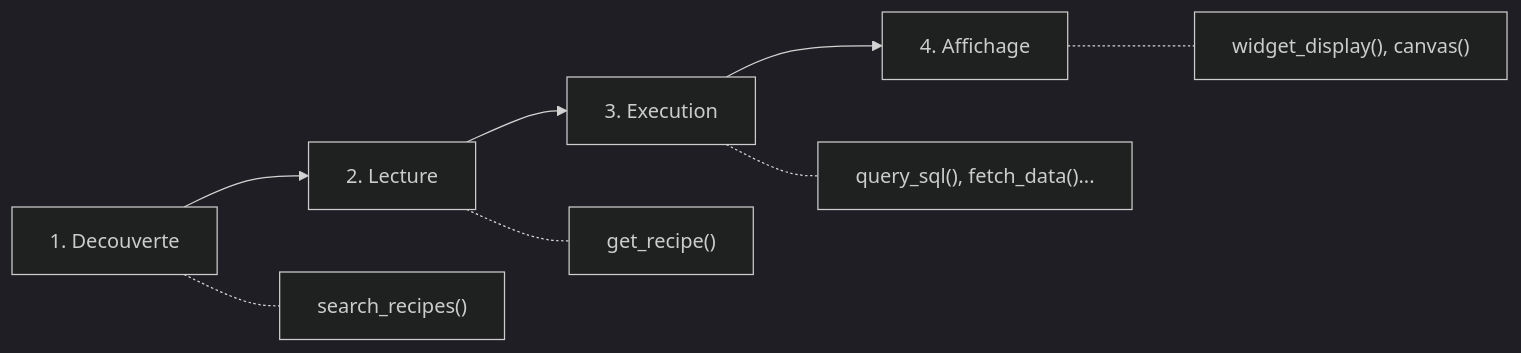
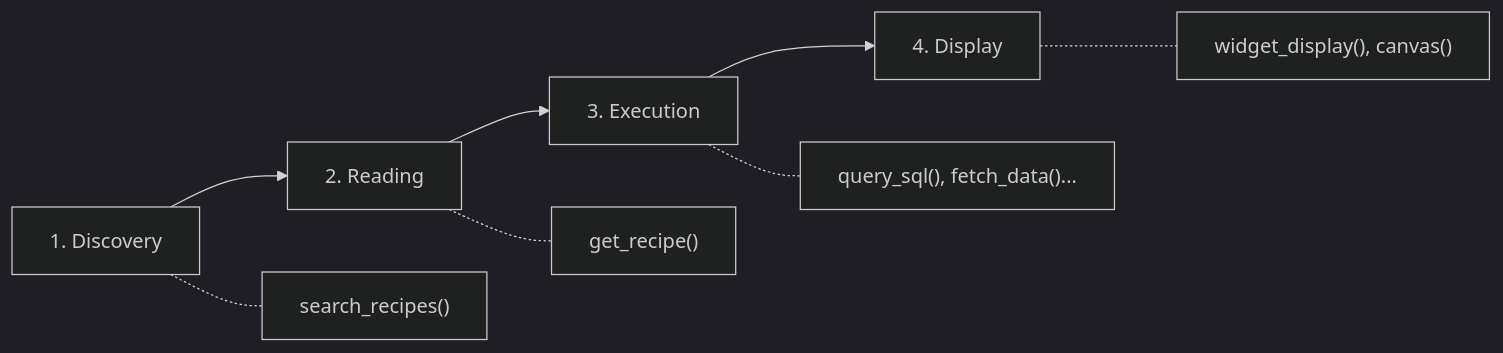
Before and after one commit to jeanbaptiste/webmcp-auto-ui: the fourth of 11 diagrams in docs/starlight/src/content/docs/tutorials/architecture-mcp-webmcp.mdx, drawn with Mermaid (dark theme). The commit also changed other lines of this file and 94 other files, not shown here.

````diff
--- a/docs/starlight/src/content/docs/tutorials/architecture-mcp-webmcp.mdx
+++ b/docs/starlight/src/content/docs/tutorials/architecture-mcp-webmcp.mdx
@@ -144,11 +142,11 @@
 ```mermaid
 graph LR
-    A["1. Decouverte"] --> B["2. Lecture"]
+    A["1. Discovery"] --> B["2. Reading"]
     B --> C["3. Execution"]
-    C --> D["4. Affichage"]
+    C --> D["4. Display"]
 
     A -.- A1["search_recipes()"]
     B -.- B1["get_recipe()"]
     C -.- C1["query_sql(), fetch_data()..."]
     D -.- D1["widget_display(), canvas()"]
 ```
````
